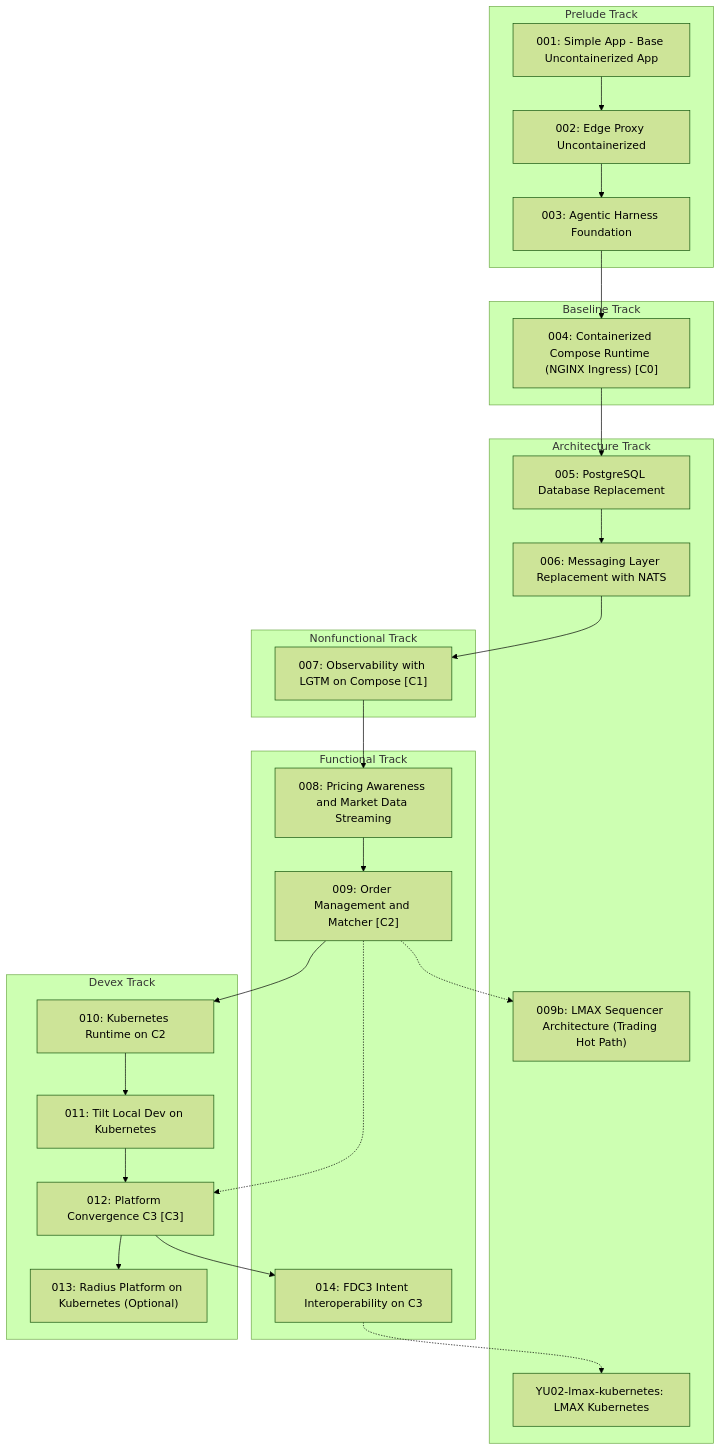
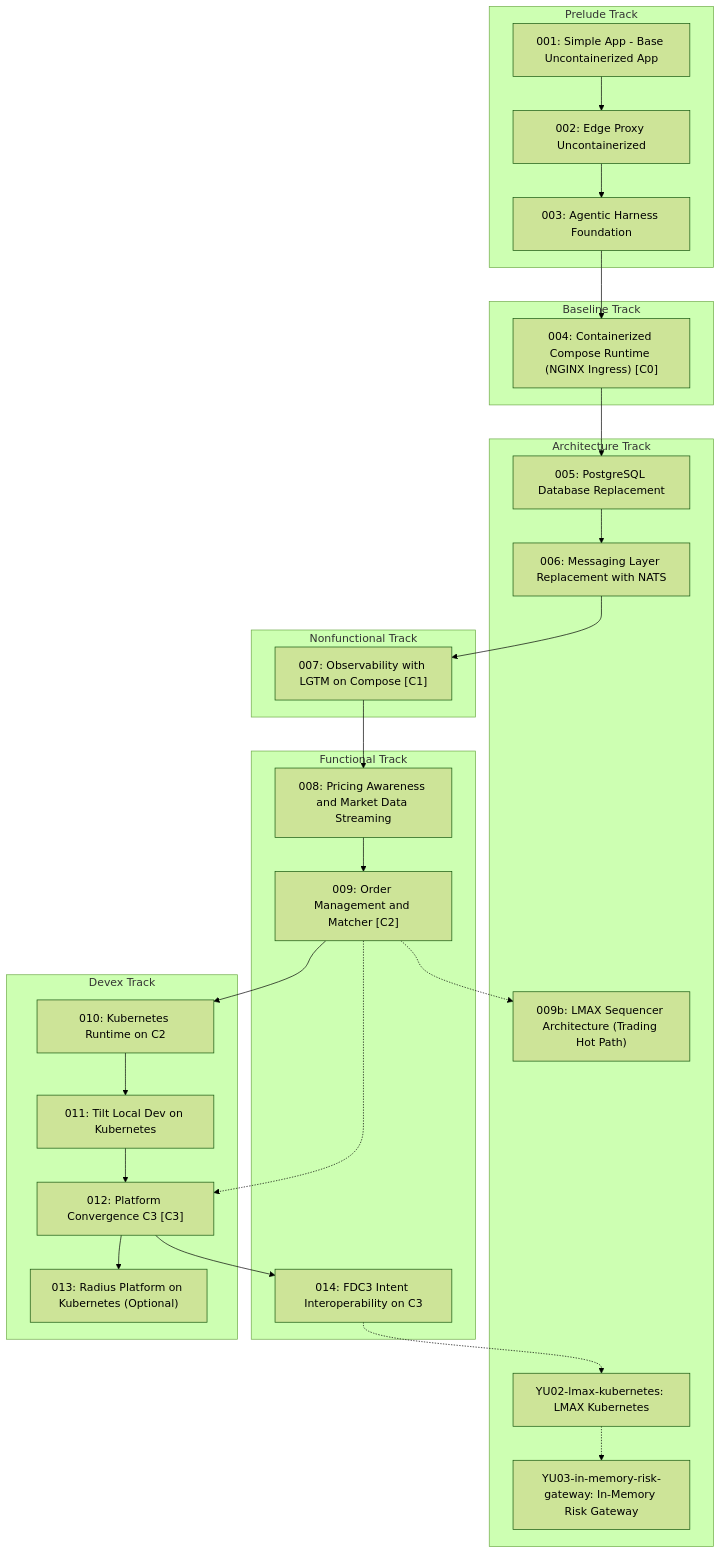
The third of 3 diagrams in docs/learning-paths/index.md (YU-CS-Summer-2026-Distributed-TraderX/traderX), drawn with Mermaid (forest theme) before and after one commit. The commit also changed other lines of this file and 24 other files, not shown here.

````diff
--- a/docs/learning-paths/index.md
+++ b/docs/learning-paths/index.md
@@ -116,48 +120,50 @@
 ```mermaid
 flowchart TB
   subgraph PRELUDE["Prelude Track"]
     S001_baseline_uncontainerized_parity["001: Simple App - Base Uncontainerized App"]
     S002_edge_proxy_uncontainerized["002: Edge Proxy Uncontainerized"]
     S003_agentic_harness_foundation["003: Agentic Harness Foundation"]
   end
   subgraph BASELINE["Baseline Track"]
     S004_containerized_compose_runtime["004: Containerized Compose Runtime (NGINX Ingress) [C0]"]
   end
   subgraph ARCHITECTURE["Architecture Track"]
     S005_postgres_database_replacement["005: PostgreSQL Database Replacement"]
     S006_messaging_nats_replacement["006: Messaging Layer Replacement with NATS"]
     S009b_lmax_sequencer_architecture["009b: LMAX Sequencer Architecture (Trading Hot Path)"]
-    Slmax_kubernetes["YU02-lmax-kubernetes: LMAX Kubernetes"]
+    SYU02_lmax_kubernetes["YU02-lmax-kubernetes: LMAX Kubernetes"]
+    SYU03_in_memory_risk_gateway["YU03-in-memory-risk-gateway: In-Memory Risk Gateway"]
   end
   subgraph NONFUNCTIONAL["Nonfunctional Track"]
     S007_observability_lgtm_compose["007: Observability with LGTM on Compose [C1]"]
   end
   subgraph FUNCTIONAL["Functional Track"]
     S008_pricing_awareness_market_data["008: Pricing Awareness and Market Data Streaming"]
     S009_order_management_matcher["009: Order Management and Matcher [C2]"]
     S014_fdc3_intent_interoperability["014: FDC3 Intent Interoperability on C3"]
   end
   subgraph DEVEX["Devex Track"]
     S010_kubernetes_runtime["010: Kubernetes Runtime on C2"]
     S011_tilt_kubernetes_dev_loop["011: Tilt Local Dev on Kubernetes"]
     S012_platform_convergence_c3["012: Platform Convergence C3 [C3]"]
     S013_radius_kubernetes_platform["013: Radius Platform on Kubernetes (Optional)"]
   end
   S001_baseline_uncontainerized_parity --> S002_edge_proxy_uncontainerized
   S002_edge_proxy_uncontainerized --> S003_agentic_harness_foundation
   S003_agentic_harness_foundation --> S004_containerized_compose_runtime
   S004_containerized_compose_runtime --> S005_postgres_database_replacement
   S005_postgres_database_replacement --> S006_messaging_nats_replacement
   S006_messaging_nats_replacement --> S007_observability_lgtm_compose
   S007_observability_lgtm_compose --> S008_pricing_awareness_market_data
   S008_pricing_awareness_market_data --> S009_order_management_matcher
   S009_order_management_matcher -.-> S009b_lmax_sequencer_architecture
   S009_order_management_matcher --> S010_kubernetes_runtime
   S010_kubernetes_runtime --> S011_tilt_kubernetes_dev_loop
   S011_tilt_kubernetes_dev_loop --> S012_platform_convergence_c3
   S012_platform_convergence_c3 --> S013_radius_kubernetes_platform
   S012_platform_convergence_c3 --> S014_fdc3_intent_interoperability
-  S014_fdc3_intent_interoperability -.-> Slmax_kubernetes
+  S014_fdc3_intent_interoperability -.-> SYU02_lmax_kubernetes
+  SYU02_lmax_kubernetes -.-> SYU03_in_memory_risk_gateway
   S009_order_management_matcher -.-> S012_platform_convergence_c3
   classDef convergence fill:#d7f5dd,stroke:#2e7d32,stroke-width:2px
 ```
````
